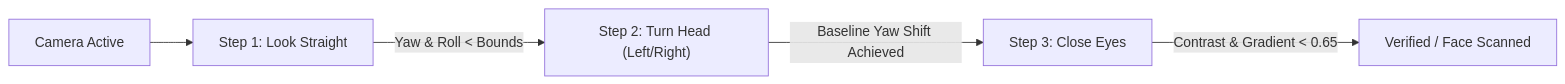
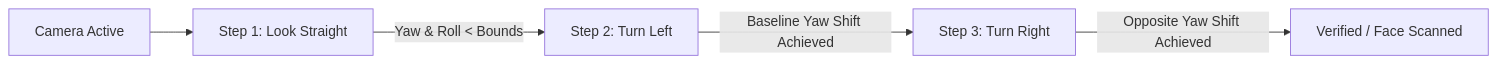
The diagram in README.md (Crishaha-cute/Face-Detection), drawn with Mermaid before and after one commit. The commit also changed other lines of this file and 7 other files, not shown here.

````diff
--- a/README.md
+++ b/README.md
@@ -68,7 +68,7 @@
 ```mermaid
 flowchart LR
     A["Camera Active"] --> B["Step 1: Look Straight"]
-    B -->|"Yaw & Roll < Bounds"| C["Step 2: Turn Head (Left/Right)"]
-    C -->|"Baseline Yaw Shift Achieved"| D["Step 3: Close Eyes"]
-    D -->|"Contrast & Gradient < 0.65"| E["Verified / Face Scanned"]
+    B -->|"Yaw & Roll < Bounds"| C["Step 2: Turn Left"]
+    C -->|"Baseline Yaw Shift Achieved"| D["Step 3: Turn Right"]
+    D -->|"Opposite Yaw Shift Achieved"| E["Verified / Face Scanned"]
 ```
````
